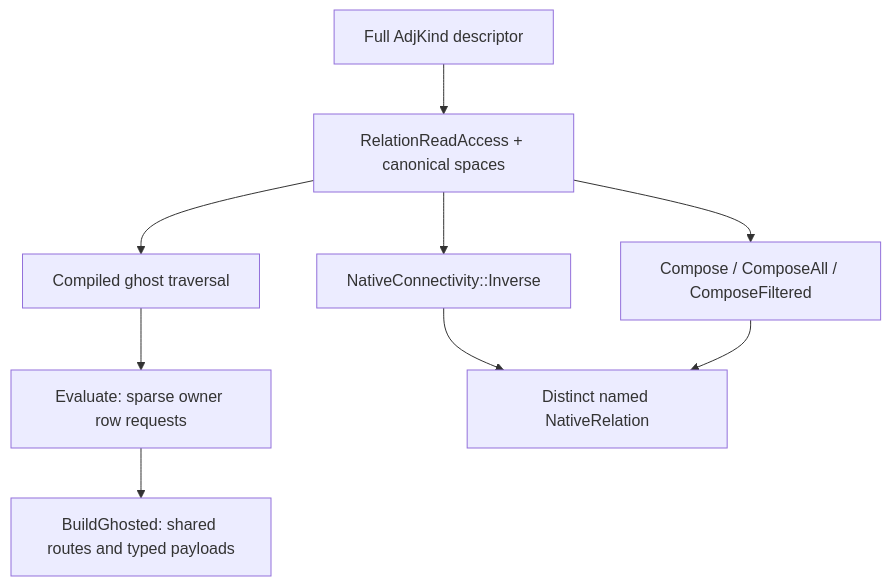
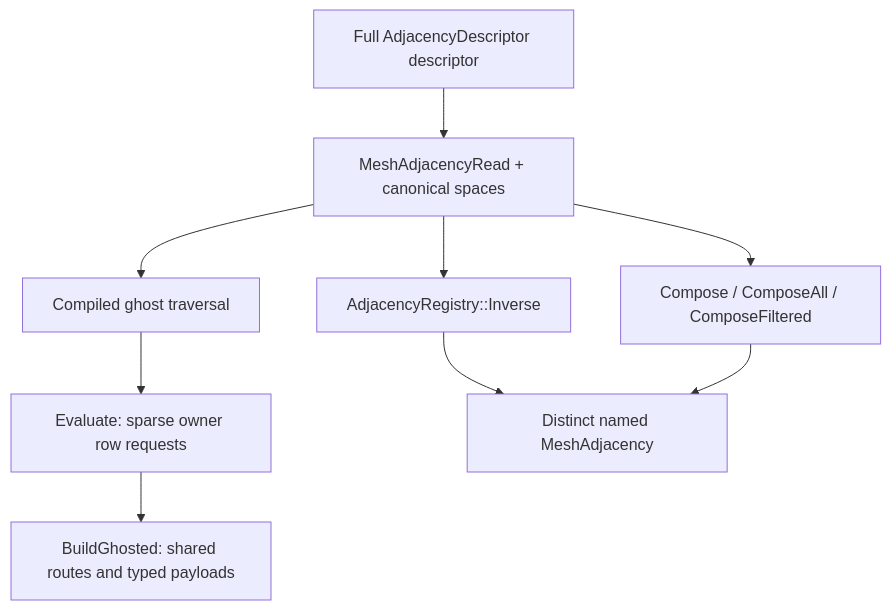
The second of 2 diagrams in docs/architecture/MeshConnectivity.md (harryzhou2000/DNDSR), drawn with Mermaid before and after one commit. The commit also changed other lines of this file and 145 other files, not shown here.

````diff
--- a/docs/architecture/MeshConnectivity.md
+++ b/docs/architecture/MeshConnectivity.md
@@ -206,11 +231,11 @@
 ```mermaid
 flowchart TD
-    key[Full AdjKind descriptor] --> access[RelationReadAccess + canonical spaces]
-    access --> inverse[NativeConnectivity::Inverse]
+    key[Full AdjacencyDescriptor descriptor] --> access[MeshAdjacencyRead + canonical spaces]
+    access --> inverse[AdjacencyRegistry::Inverse]
     access --> compose[Compose / ComposeAll / ComposeFiltered]
     access --> tree[Compiled ghost traversal]
     tree --> discover[Evaluate: sparse owner row requests]
     discover --> publish[BuildGhosted: shared routes and typed payloads]
-    inverse --> named[Distinct named NativeRelation]
+    inverse --> named[Distinct named MeshAdjacency]
     compose --> named
 ```
````
